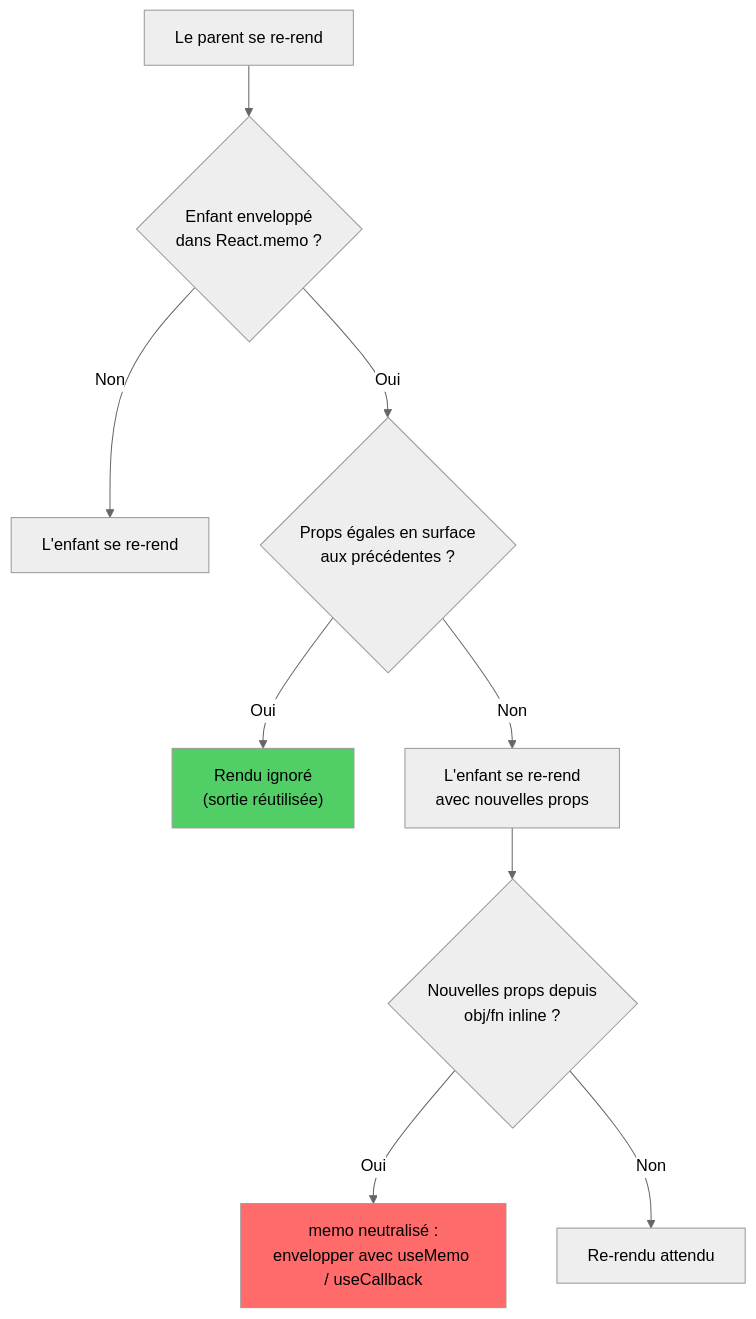
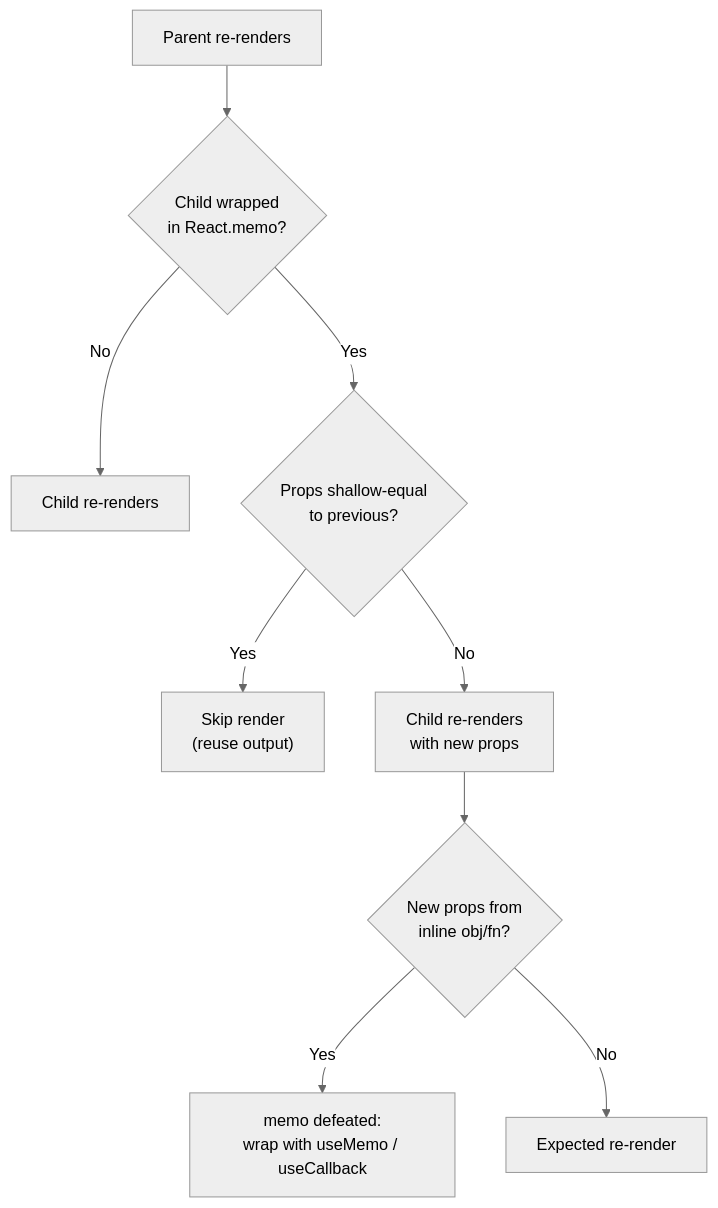
The second of 5 diagrams in arguments/chapters/fr/09-performance-optimization.md (BabaScience/react-guides), drawn with Mermaid (neutral theme) before and after one commit. The commit also changed other lines of this file and 29 other files, not shown here.

First line of the commit message:
Bring React FR/IT translations to full English parity + theme-safe diagrams

````diff
--- a/arguments/chapters/fr/09-performance-optimization.md
+++ b/arguments/chapters/fr/09-performance-optimization.md
@@ -57,14 +335,12 @@
 ```mermaid
 flowchart TD
-    A["Le parent se re-rend"] --> B{"Enfant enveloppé<br/>dans React.memo ?"}
-    B -->|Non| C["L'enfant se re-rend"]
-    B -->|Oui| D{"Props égales en surface<br/>aux précédentes ?"}
-    D -->|Oui| E["Rendu ignoré<br/>(sortie réutilisée)"]
-    D -->|Non| F["L'enfant se re-rend<br/>avec nouvelles props"]
-    F --> G{"Nouvelles props depuis<br/>obj/fn inline ?"}
-    G -->|Oui| H["memo neutralisé :<br/>envelopper avec useMemo / useCallback"]
-    G -->|Non| I["Re-rendu attendu"]
+    A["Parent re-renders"] --> B{"Child wrapped<br/>in React.memo?"}
+    B -->|No| C["Child re-renders"]
+    B -->|Yes| D{"Props shallow-equal<br/>to previous?"}
+    D -->|Yes| E["Skip render<br/>(reuse output)"]
+    D -->|No| F["Child re-renders<br/>with new props"]
+    F --> G{"New props from<br/>inline obj/fn?"}
+    G -->|Yes| H["memo defeated:<br/>wrap with useMemo / useCallback"]
+    G -->|No| I["Expected re-render"]
 
-    style E fill:#51cf66
-    style H fill:#ff6b6b
 ```
````
